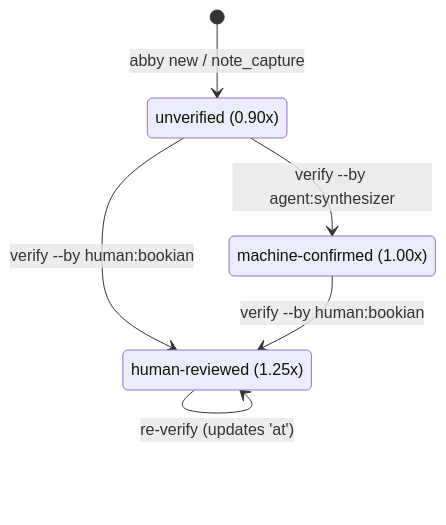
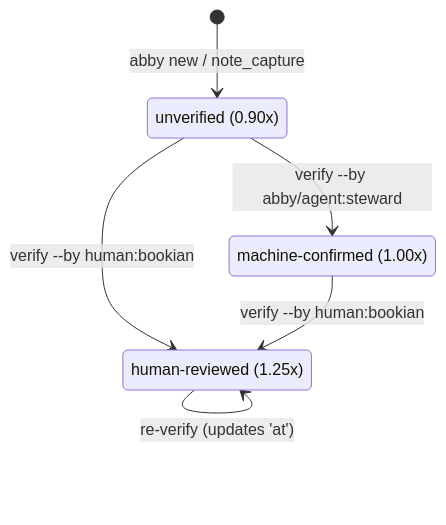
Before and after one commit to naikoob/abby: the fifth of 8 diagrams in .system/specs/DESIGN.md, drawn with Mermaid. The commit also changed other lines of this file and 4 other files, not shown here.

````diff
--- a/.system/specs/DESIGN.md
+++ b/.system/specs/DESIGN.md
@@ -315,12 +315,12 @@
 ```mermaid
 stateDiagram-v2
     [*] --> unverified: abby new / note_capture
-    unverified --> machine_confirmed: verify --by agent:synthesizer
+    unverified --> machine_confirmed: verify --by abby/agent:steward
     unverified --> human_reviewed: verify --by human:bookian
     machine_confirmed --> human_reviewed: verify --by human:bookian
     human_reviewed --> human_reviewed: re-verify (updates 'at')
 
     state "unverified (0.90x)" as unverified
     state "machine-confirmed (1.00x)" as machine_confirmed
     state "human-reviewed (1.25x)" as human_reviewed
 ```
````
